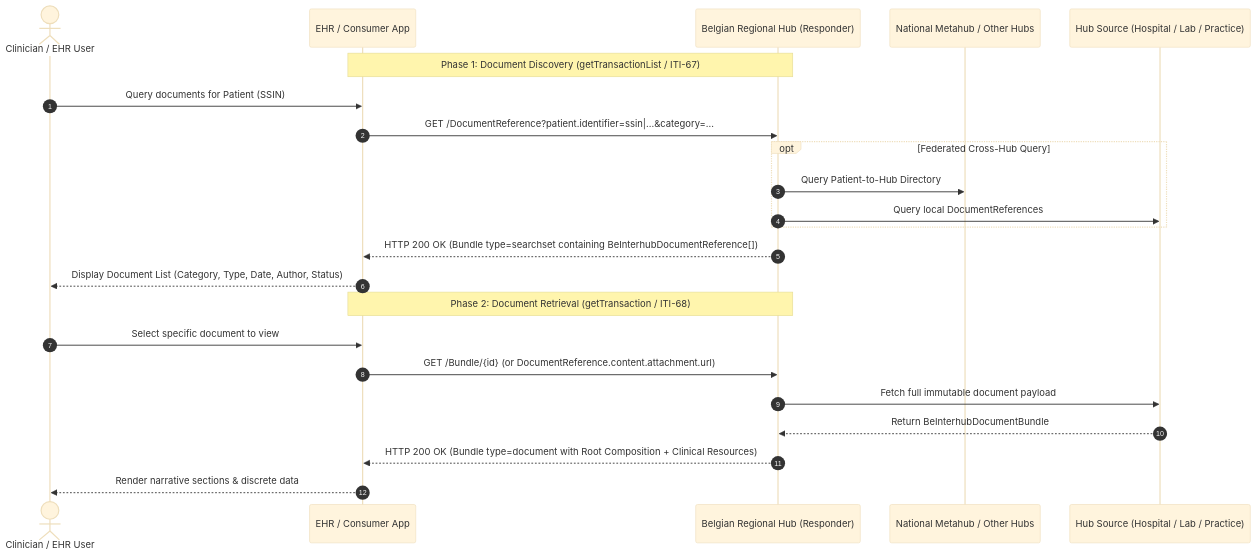
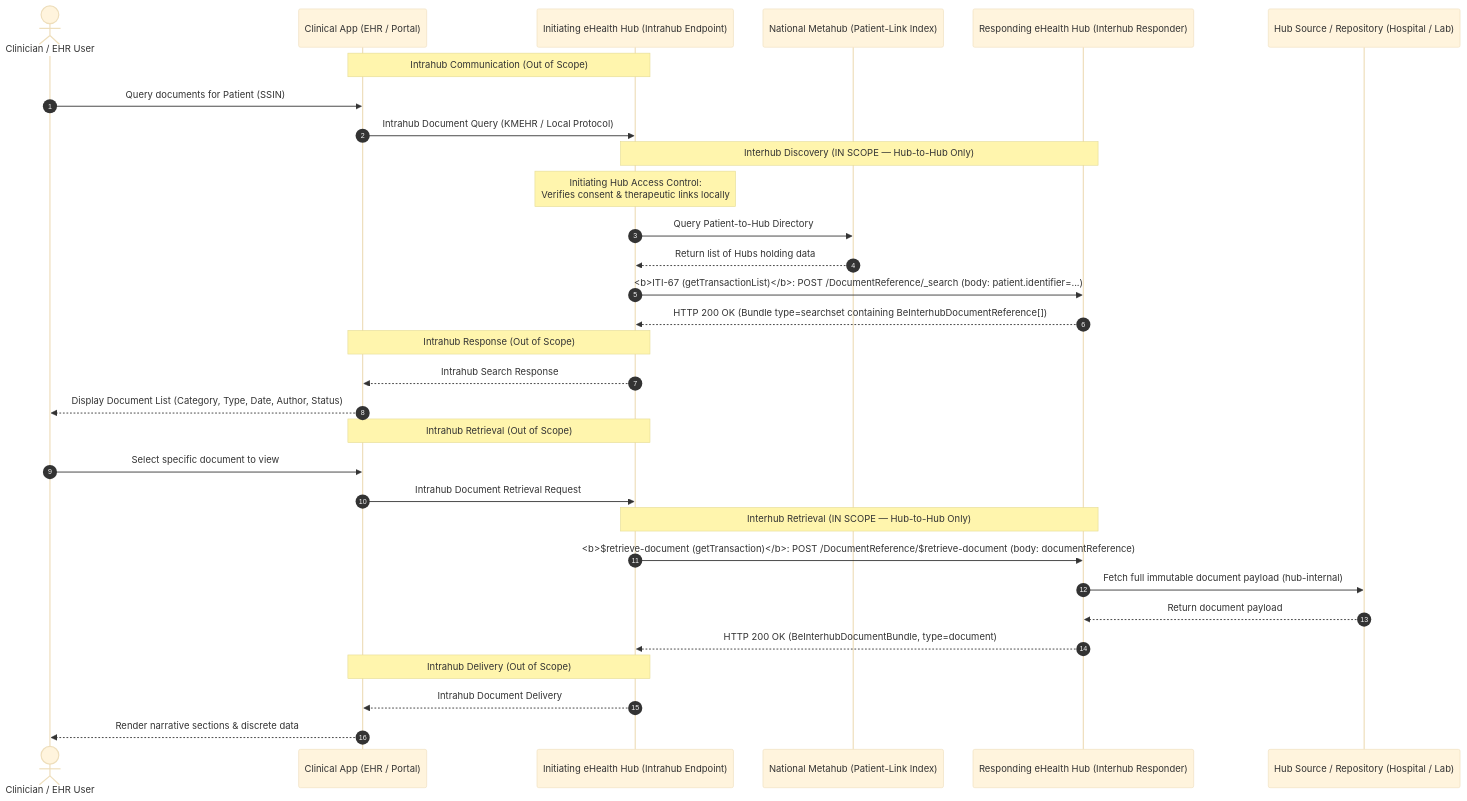
The first of 3 diagrams in input/pagecontent/transactions.md (Jens-uzl/hubsharing), drawn with Mermaid (base theme) before and after one commit. The commit also changed other lines of this file and 13 other files, not shown here.

Commit message:
Interhub spec FHIR spec, draft 10; replaced all instances of GET / with POST (and adapted it to the fhir transaction method)

````diff
--- a/input/pagecontent/transactions.md
+++ b/input/pagecontent/transactions.md
@@ -25,27 +27,39 @@
 ```mermaid
 sequenceDiagram
     autonumber
     actor Clinician as Clinician / EHR User
-    participant EHR as EHR / Consumer App
-    participant Hub as Belgian Regional Hub (Responder)
-    participant Metahub as National Metahub / Other Hubs
-    participant Source as Hub Source (Hospital / Lab / Practice)
+    participant App as Clinical App (EHR / Portal)
+    participant InitHub as Initiating eHealth Hub (Intrahub Endpoint)
+    participant Metahub as National Metahub (Patient-Link Index)
+    participant RespHub as Responding eHealth Hub (Interhub Responder)
+    participant Source as Hub Source / Repository (Hospital / Lab)
 
-    Note over EHR,Hub: Phase 1: Document Discovery (getTransactionList / ITI-67)
-    Clinician->>EHR: Query documents for Patient (SSIN)
-    EHR->>Hub: GET /DocumentReference?patient.identifier=ssin|...&category=...
-    opt Federated Cross-Hub Query
-        Hub->>Metahub: Query Patient-to-Hub Directory
-        Hub->>Source: Query local DocumentReferences
-    end
-    Hub-->>EHR: HTTP 200 OK (Bundle type=searchset containing BeInterhubDocumentReference[])
-    EHR-->>Clinician: Display Document List (Category, Type, Date, Author, Status)
+    Note over App,InitHub: Intrahub Communication (Out of Scope)
+    Clinician->>App: Query documents for Patient (SSIN)
+    App->>InitHub: Intrahub Document Query (KMEHR / Local Protocol)
 
-    Note over EHR,Hub: Phase 2: Document Retrieval (getTransaction / ITI-68)
-    Clinician->>EHR: Select specific document to view
-    EHR->>Hub: GET /Bundle/{id} (or DocumentReference.content.attachment.url)
-    Hub->>Source: Fetch full immutable document payload
-    Source-->>Hub: Return BeInterhubDocumentBundle
-    Hub-->>EHR: HTTP 200 OK (Bundle type=document with Root Composition + Clinical Resources)
-    EHR-->>Clinician: Render narrative sections & discrete data
+    Note over InitHub,RespHub: Interhub Discovery (IN SCOPE — Hub-to-Hub Only)
+    Note over InitHub: Initiating Hub Access Control:<br/>Verifies consent & therapeutic links locally
+    InitHub->>Metahub: Query Patient-to-Hub Directory
+    Metahub-->>InitHub: Return list of Hubs holding data
+    InitHub->>RespHub: <b>ITI-67 (getTransactionList)</b>: POST /DocumentReference/_search (body: patient.identifier=...)
+    RespHub-->>InitHub: HTTP 200 OK (Bundle type=searchset containing BeInterhubDocumentReference[])
+
+    Note over App,InitHub: Intrahub Response (Out of Scope)
+    InitHub-->>App: Intrahub Search Response
+    App-->>Clinician: Display Document List (Category, Type, Date, Author, Status)
+
+    Note over App,InitHub: Intrahub Retrieval (Out of Scope)
+    Clinician->>App: Select specific document to view
+    App->>InitHub: Intrahub Document Retrieval Request
+
+    Note over InitHub,RespHub: Interhub Retrieval (IN SCOPE — Hub-to-Hub Only)
+    InitHub->>RespHub: <b>$retrieve-document (getTransaction)</b>: POST /DocumentReference/$retrieve-document (body: documentReference)
+    RespHub->>Source: Fetch full immutable document payload (hub-internal)
+    Source-->>RespHub: Return document payload
+    RespHub-->>InitHub: HTTP 200 OK (BeInterhubDocumentBundle, type=document)
+
+    Note over App,InitHub: Intrahub Delivery (Out of Scope)
+    InitHub-->>App: Intrahub Document Delivery
+    App-->>Clinician: Render narrative sections & discrete data
 ```
````
